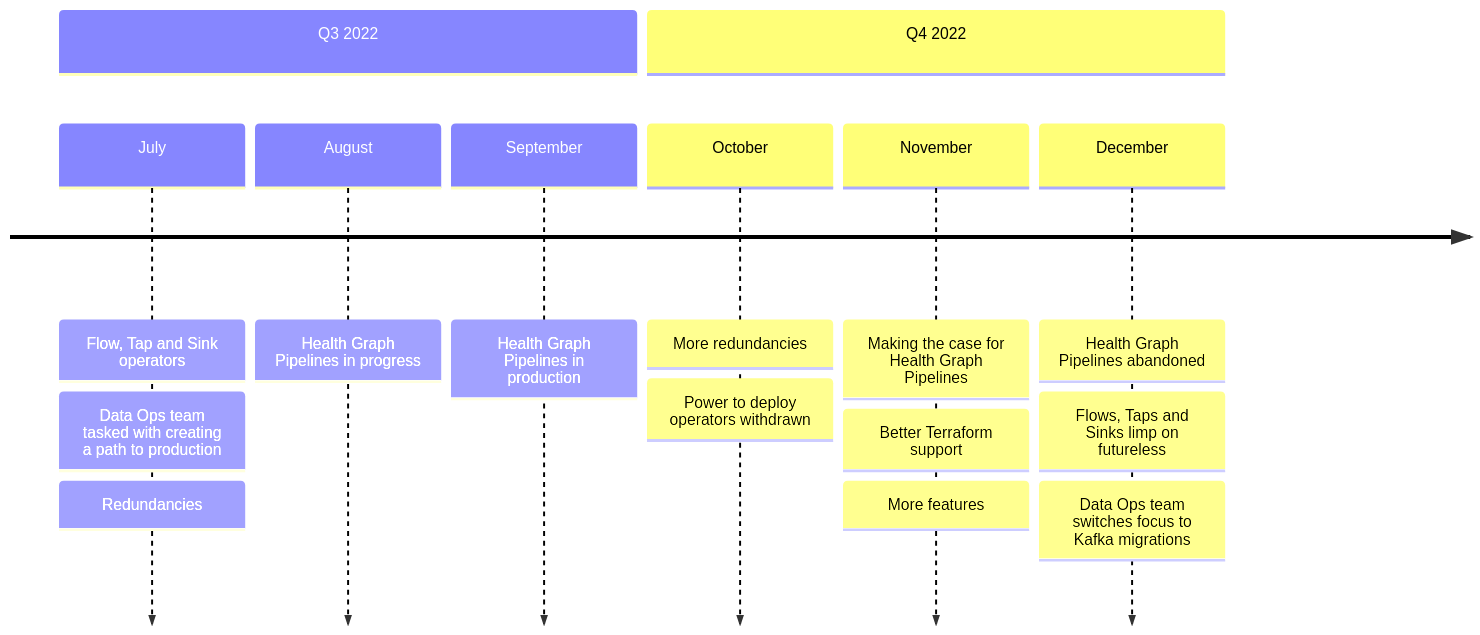
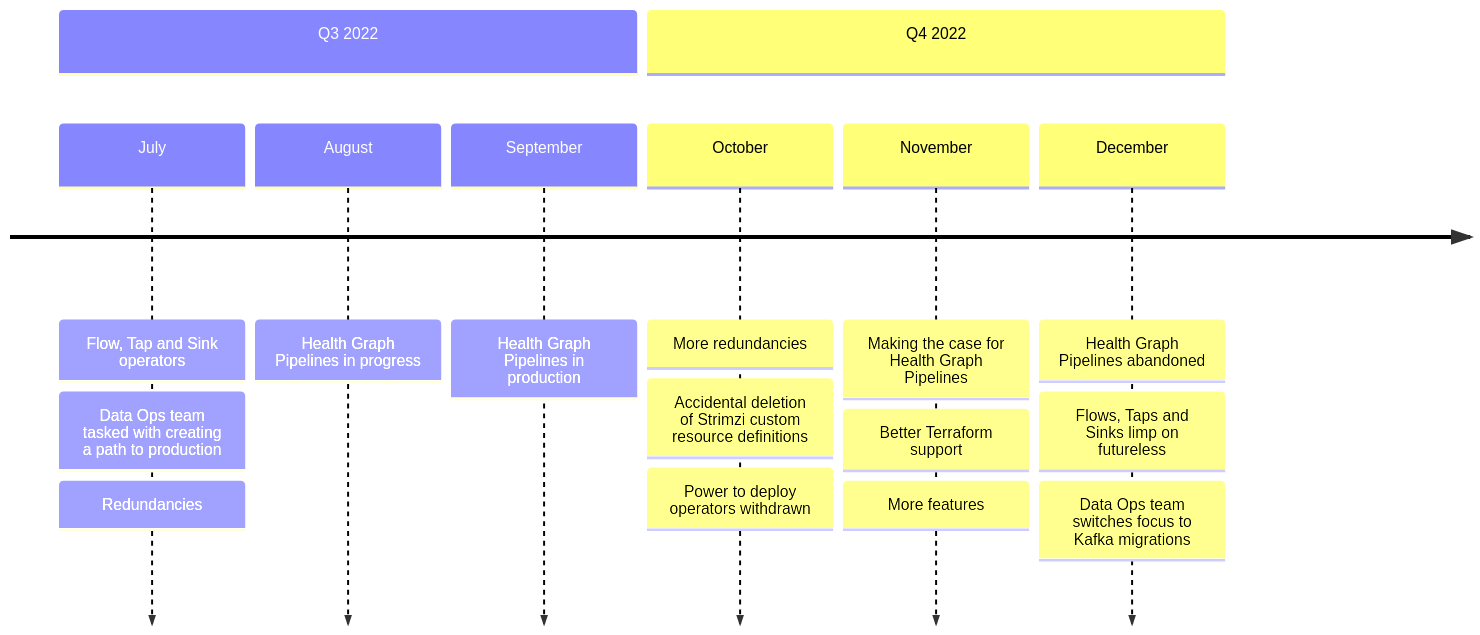
The diagram in mermaid/timeline.mmd (gerald1248/operator-antipattern-slides), drawn with Mermaid before and after one commit. The commit also changed 34 other files, not shown here.

```diff
--- a/mermaid/timeline.mmd
+++ b/mermaid/timeline.mmd
@@ -1,16 +1,16 @@
 ---
 
 config:
   theme: default
 
 ---
 
 timeline
     section Q3 2022
       July : Flow, Tap and Sink operators : Data Ops team tasked with creating a path to production : Redundancies
       August : Health Graph Pipelines in progress
       September : Health Graph Pipelines in production
     section Q4 2022
-      October :  More redundancies : Power to deploy operators withdrawn
+      October :  More redundancies : Accidental deletion of Strimzi custom resource definitions : Power to deploy operators withdrawn
       November : Making the case for Health Graph Pipelines : Better Terraform support : More features
       December : Health Graph Pipelines abandoned : Flows, Taps and Sinks limp on futureless: Data Ops team switches focus to Kafka migrations
```
